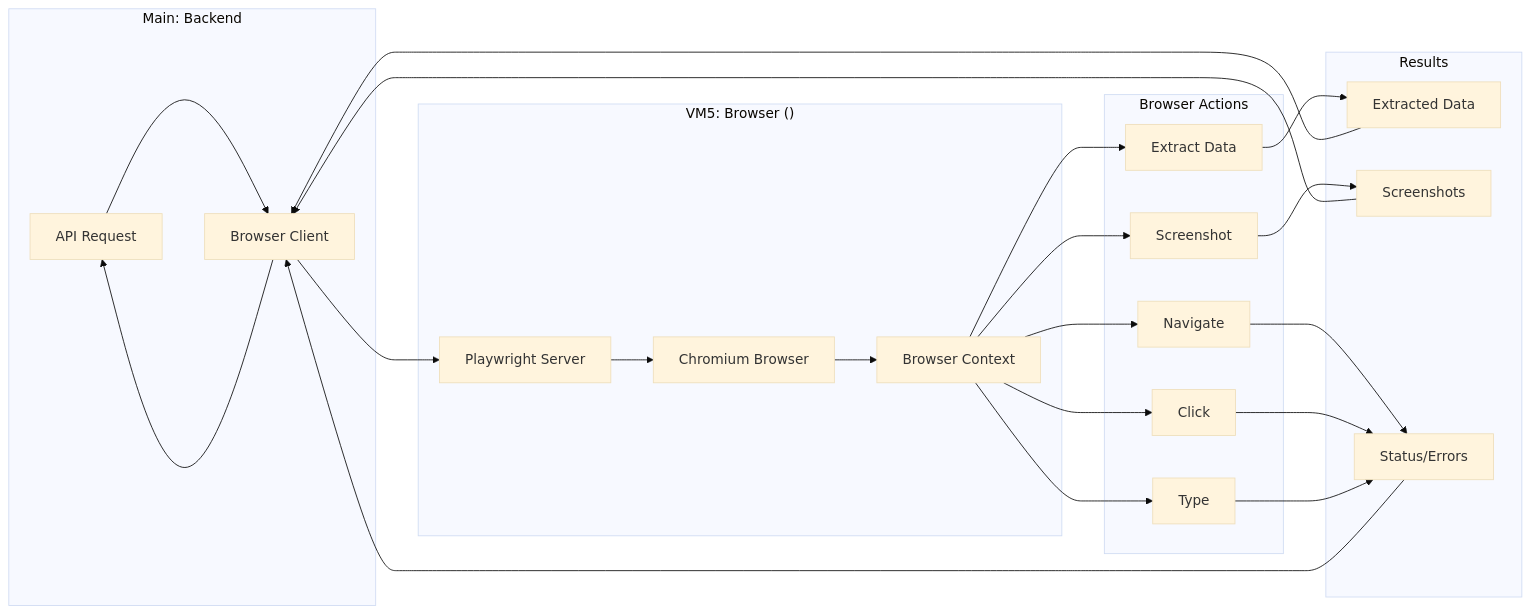
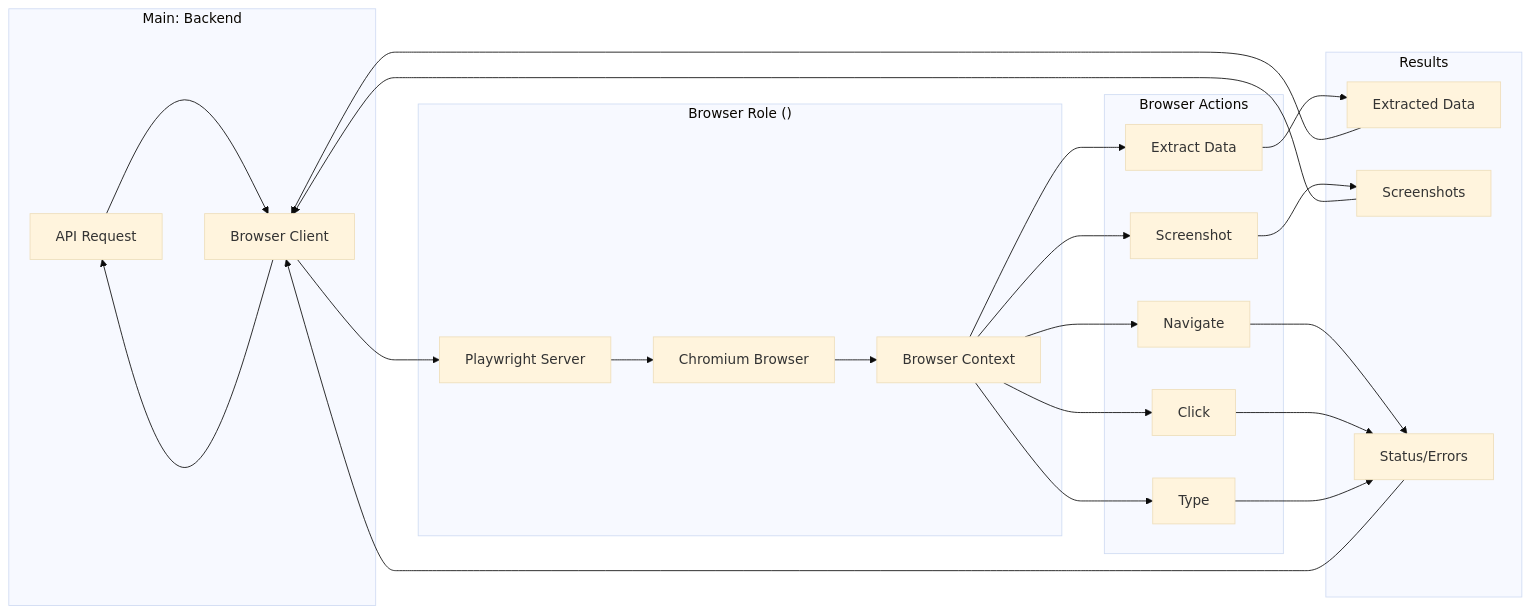
Before and after one commit to mrveiss/AutoBot-AI: the sixth of 8 diagrams in docs/architecture/data-flows.md, drawn with Mermaid (base theme). The commit also changed other lines of this file and 13 other files, not shown here.

````diff
--- a/docs/architecture/data-flows.md
+++ b/docs/architecture/data-flows.md
@@ -267,49 +267,49 @@
 ```mermaid
 flowchart LR
     subgraph Backend["Main: Backend"]
         API[API Request]
         Browser_Client[Browser Client]
     end
 
-    subgraph Browser_VM["VM5: Browser (<browser-ip>)"]
+    subgraph Browser_VM["Browser Role (<browser-ip>)"]
         Playwright[Playwright Server]
         Chromium[Chromium Browser]
         Context[Browser Context]
     end
 
     subgraph Actions["Browser Actions"]
         Navigate[Navigate]
         Click[Click]
         Type[Type]
         Screenshot[Screenshot]
         Extract[Extract Data]
     end
 
     subgraph Results["Results"]
         Data[Extracted Data]
         Images[Screenshots]
         Status[Status/Errors]
     end
 
     API --> Browser_Client
     Browser_Client --> Playwright
     Playwright --> Chromium
     Chromium --> Context
 
     Context --> Navigate
     Context --> Click
     Context --> Type
     Context --> Screenshot
     Context --> Extract
 
     Navigate --> Status
     Click --> Status
     Type --> Status
     Screenshot --> Images
     Extract --> Data
 
     Data --> Browser_Client
     Images --> Browser_Client
     Status --> Browser_Client
     Browser_Client --> API
 ```
````
